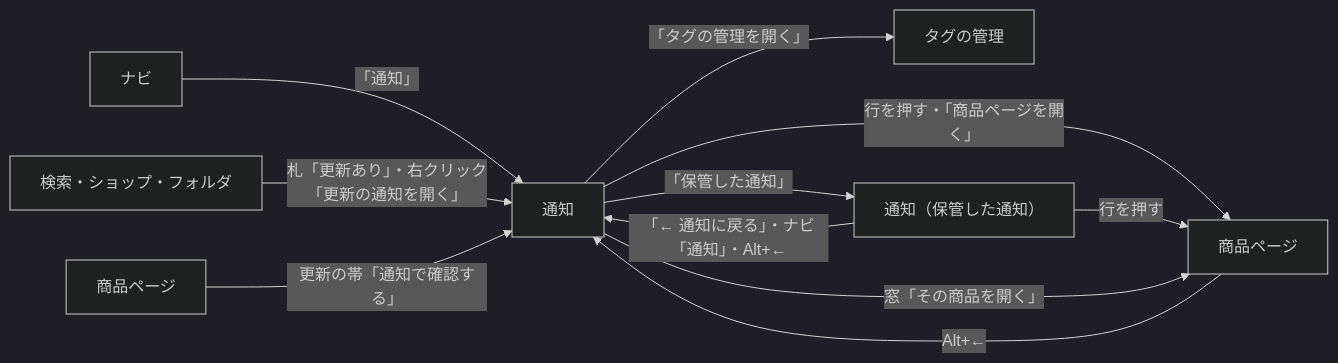
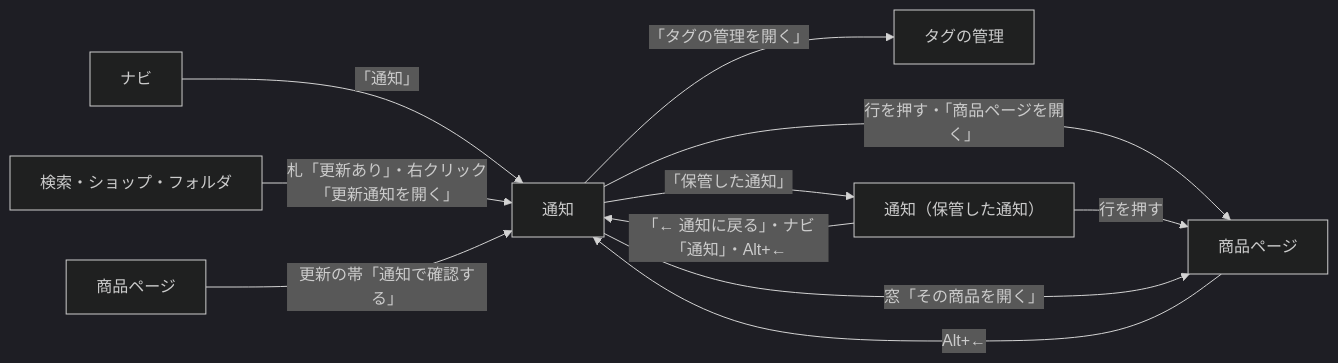
One commit to kumo-mayu/chmonos changed the diagram in docs/dev/ui-paths/inbox.md. Above: the diagram before and after it, drawn with Mermaid (dark theme). The commit also changed other lines of this file and 39 other files, not shown here.

````diff
--- a/docs/dev/ui-paths/inbox.md
+++ b/docs/dev/ui-paths/inbox.md
@@ -63,13 +63,13 @@
 ```mermaid
 flowchart LR
   Nav[ナビ] -- 「通知」 --> I[通知]
-  Cards[検索・ショップ・フォルダ] -- 札「更新あり」・右クリック「更新の通知を開く」 --> I
+  Cards[検索・ショップ・フォルダ] -- 札「更新あり」・右クリック「更新通知を開く」 --> I
   ItemP[商品ページ] -- 更新の帯「通知で確認する」 --> I
   I -- 行を押す・「商品ページを開く」 --> Item[商品ページ]
   Item -- Alt+← --> I
   I -- 「タグの管理を開く」 --> Tag[タグの管理]
   I -- 「保管した通知」 --> A[通知（保管した通知）]
   A -- 「← 通知に戻る」・ナビ「通知」・Alt+← --> I
   A -- 行を押す --> Item
   I -- 窓「その商品を開く」 --> Item
 ```
````
